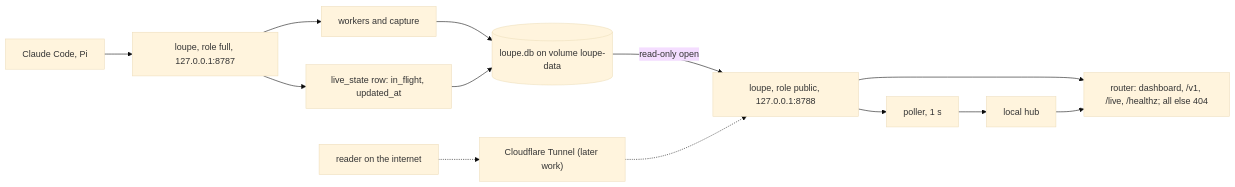
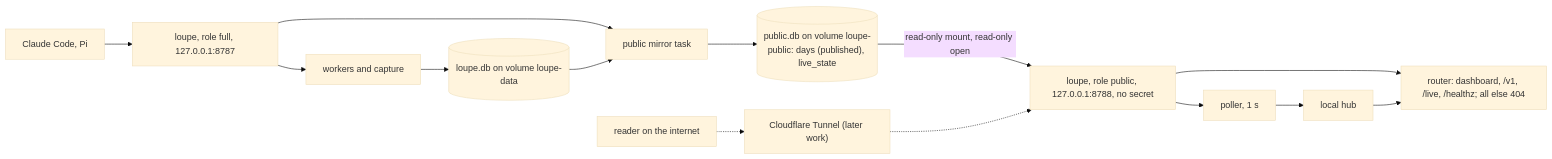
Before and after one commit to desek/agentloupe: the second of 4 diagrams in docs/cr/CR-0028-public-instance.md, drawn with Mermaid (base theme). The commit also changed other lines of this file, not shown here.

Commit message:
docs(cr): CR-0028 amended so the public instance has no access to non-public data, proposed (CR-0028)

````diff
--- a/docs/cr/CR-0028-public-instance.md
+++ b/docs/cr/CR-0028-public-instance.md
@@ -78,13 +86,14 @@
 ```mermaid
 flowchart LR
   A["Claude Code, Pi"] --> F["loupe, role full, 127.0.0.1:8787"]
   F --> W["workers and capture"]
   W --> DB[("loupe.db on volume loupe-data")]
-  F --> LS["live_state row: in_flight, updated_at"]
-  LS --> DB
-  DB -->|"read-only open"| PUB["loupe, role public, 127.0.0.1:8788"]
+  F --> M["public mirror task"]
+  DB --> M
+  M --> PDB[("public.db on volume loupe-public: days (published), live_state")]
+  PDB -->|"read-only mount, read-only open"| PUB["loupe, role public, 127.0.0.1:8788, no secret"]
   PUB --> PR["router: dashboard, /v1, /live, /healthz; all else 404"]
   PUB --> PO["poller, 1 s"] --> HUB["local hub"] --> PR
   T["Cloudflare Tunnel (later work)"] -.-> PUB
   R["reader on the internet"] -.-> T
 ```
````
